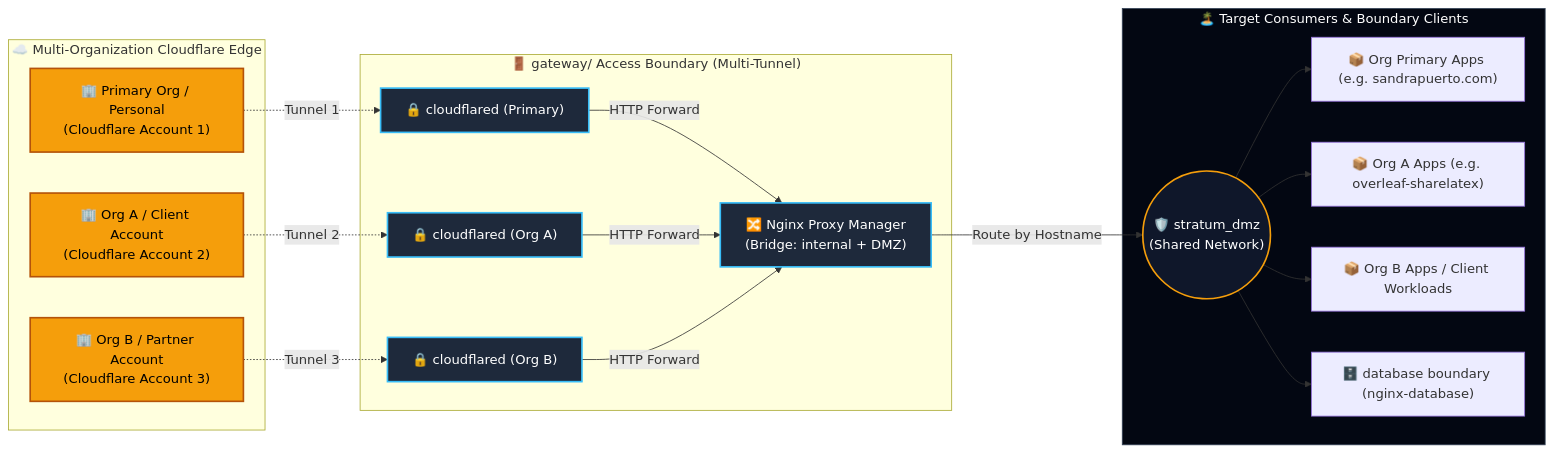
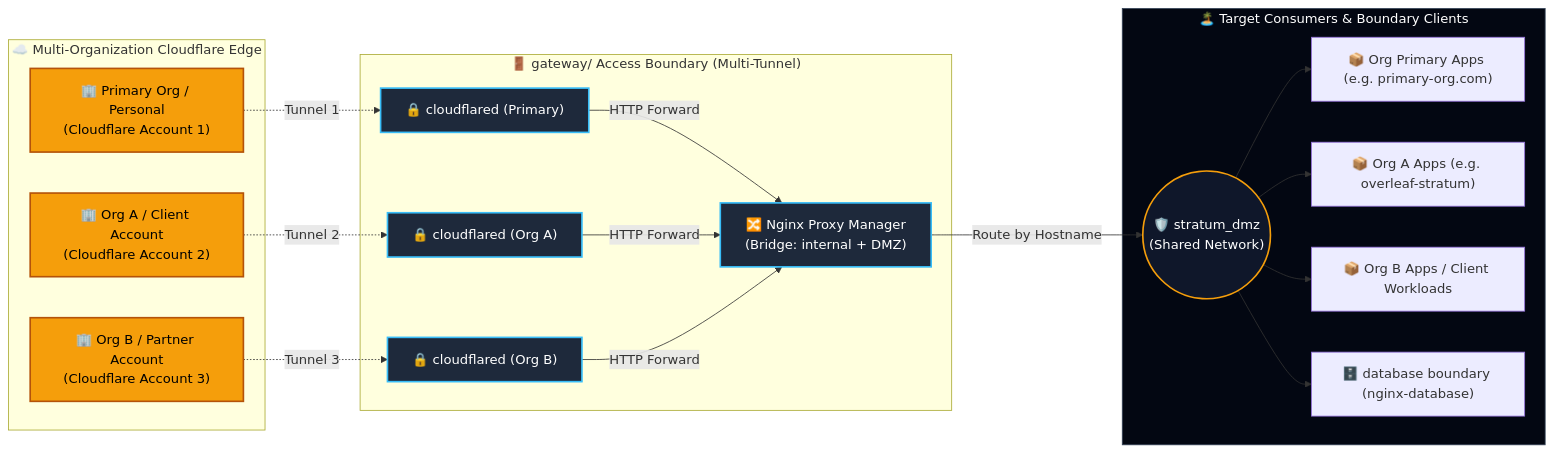
The diagram in gateway/README.md (sandra-puerto/stratum-core), drawn with Mermaid before and after one commit. The commit also changed 5 other files, not shown here.

````diff
--- a/gateway/README.md
+++ b/gateway/README.md
@@ -46,37 +46,37 @@
 ```mermaid
 graph LR
     subgraph MultiOrgEdge ["☁️ Multi-Organization Cloudflare Edge"]
         EdgePri["🏢 Primary Org / Personal<br/>(Cloudflare Account 1)"]
         EdgeA["🏢 Org A / Client Account<br/>(Cloudflare Account 2)"]
         EdgeB["🏢 Org B / Partner Account<br/>(Cloudflare Account 3)"]
     end
 
     EdgePri -.->|Tunnel 1| CF_Pri["🔒 cloudflared (Primary)"]
     EdgeA -.->|Tunnel 2| CF_A["🔒 cloudflared (Org A)"]
     EdgeB -.->|Tunnel 3| CF_B["🔒 cloudflared (Org B)"]
     
     subgraph GatewayBoundary ["🚪 gateway/ Access Boundary (Multi-Tunnel)"]
         CF_Pri -->|HTTP Forward| NPM["🔀 Nginx Proxy Manager<br/>(Bridge: internal + DMZ)"]
         CF_A -->|HTTP Forward| NPM
         CF_B -->|HTTP Forward| NPM
     end
 
     NPM -->|Route by Hostname| DMZ(("🛡️ stratum_dmz<br/>(Shared Network)"))
     
     subgraph TargetIslands ["🏝️ Target Consumers & Boundary Clients"]
-        DMZ --> App1["📦 Org Primary Apps (e.g. sandrapuerto.com)"]
-        DMZ --> App2["📦 Org A Apps (e.g. overleaf-sharelatex)"]
+        DMZ --> App1["📦 Org Primary Apps (e.g. primary-org.com)"]
+        DMZ --> App2["📦 Org A Apps (e.g. overleaf-stratum)"]
         DMZ --> App3["📦 Org B Apps / Client Workloads"]
         DMZ --> DBProxy["🗄️ database boundary (nginx-database)"]
     end
 
     style EdgePri fill:#f59e0b,stroke:#b45309,stroke-width:2px,color:#000
     style EdgeA fill:#f59e0b,stroke:#b45309,stroke-width:2px,color:#000
     style EdgeB fill:#f59e0b,stroke:#b45309,stroke-width:2px,color:#000
     style CF_Pri fill:#1e293b,stroke:#38bdf8,stroke-width:2px,color:#fff
     style CF_A fill:#1e293b,stroke:#38bdf8,stroke-width:2px,color:#fff
     style CF_B fill:#1e293b,stroke:#38bdf8,stroke-width:2px,color:#fff
     style NPM fill:#1e293b,stroke:#38bdf8,stroke-width:2px,color:#fff
     style DMZ fill:#0f172a,stroke:#f59e0b,stroke-width:2px,color:#fff
     style TargetIslands fill:#030712,stroke:#334155,stroke-width:1px,color:#fff
 ```
````
